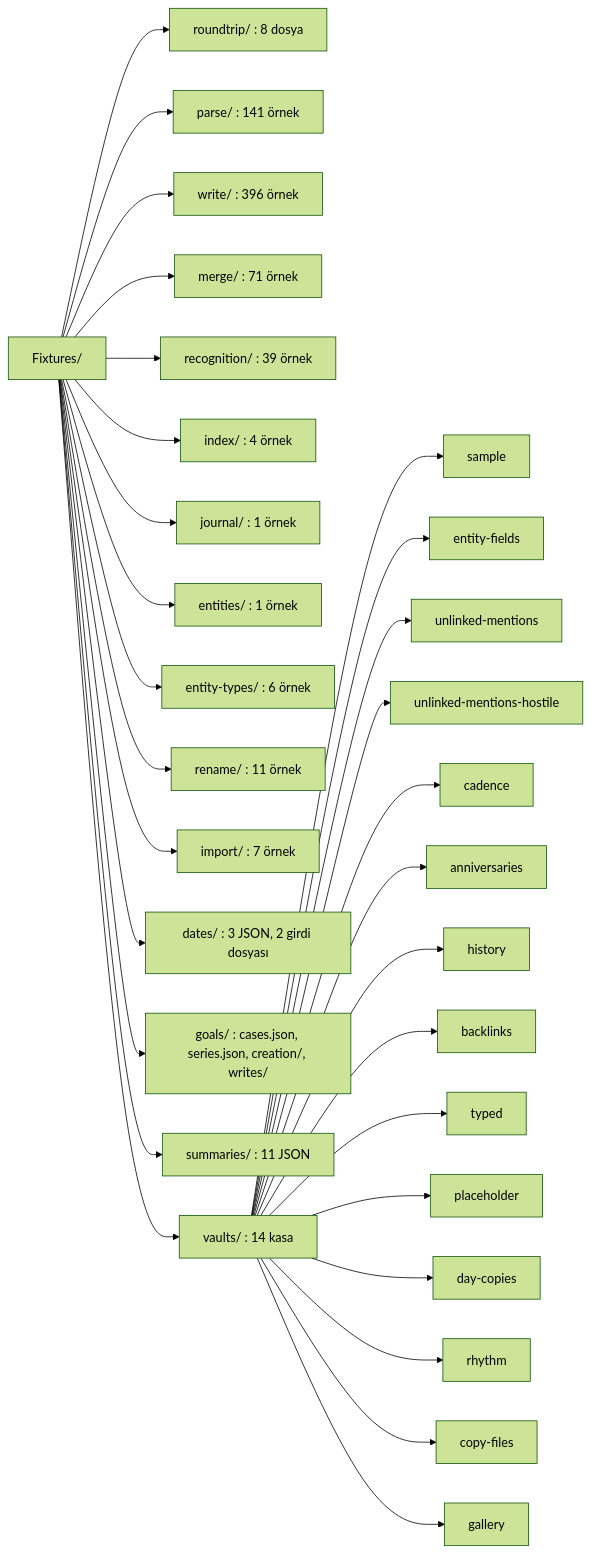
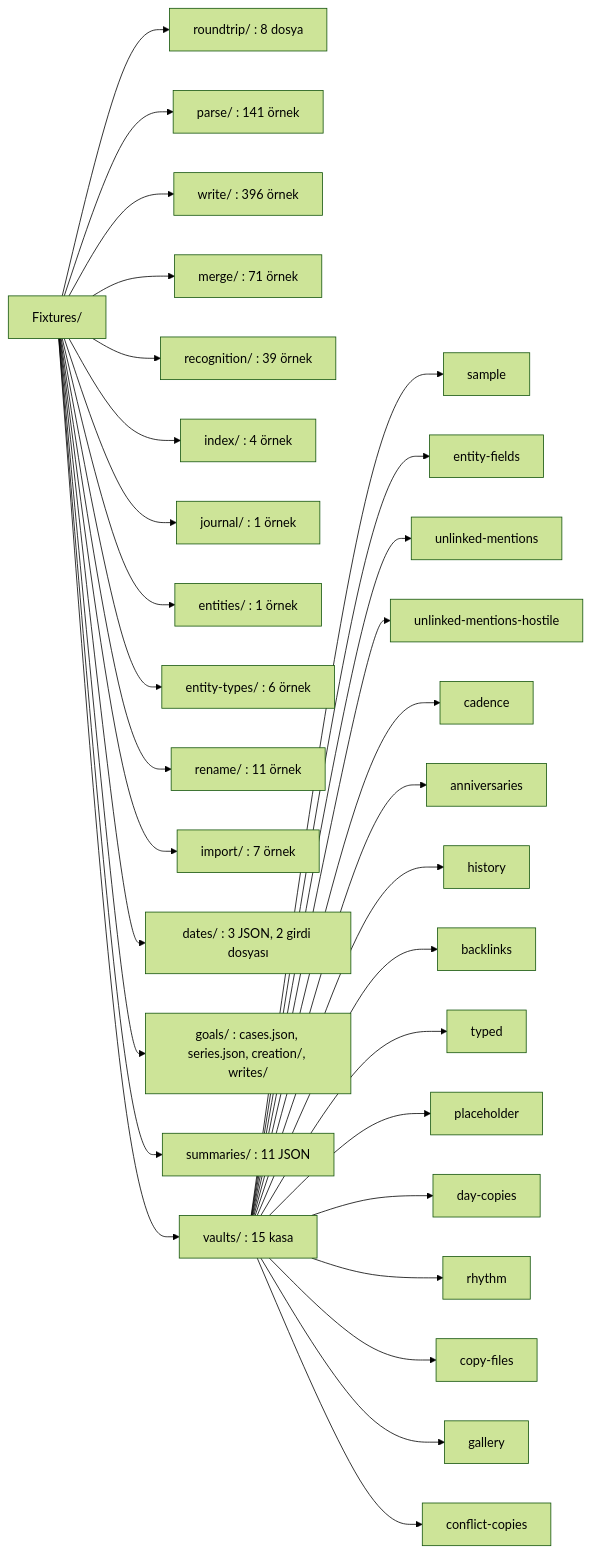
One commit to dogancanyildiz/kenet changed the first of 11 diagrams in docs/fixtures.md. Above: the diagram before and after it, drawn with Mermaid (forest theme). The commit also changed other lines of this file and 36 other files, not shown here.

````diff
--- a/docs/fixtures.md
+++ b/docs/fixtures.md
@@ -15,33 +15,34 @@
 ```mermaid
 flowchart LR
   F["Fixtures/"]
   F --> RT["roundtrip/ : 8 dosya"]
   F --> PA["parse/ : 141 örnek"]
   F --> WR["write/ : 396 örnek"]
   F --> ME["merge/ : 71 örnek"]
   F --> RE["recognition/ : 39 örnek"]
   F --> IX["index/ : 4 örnek"]
   F --> JO["journal/ : 1 örnek"]
   F --> EN["entities/ : 1 örnek"]
   F --> ET["entity-types/ : 6 örnek"]
   F --> RN["rename/ : 11 örnek"]
   F --> IM["import/ : 7 örnek"]
   F --> DA["dates/ : 3 JSON, 2 girdi dosyası"]
   F --> GO["goals/ : cases.json, series.json, creation/, writes/"]
   F --> SU["summaries/ : 11 JSON"]
-  F --> VA["vaults/ : 14 kasa"]
+  F --> VA["vaults/ : 15 kasa"]
   VA --> V1["sample"]
   VA --> V2["entity-fields"]
   VA --> V3["unlinked-mentions"]
   VA --> V4["unlinked-mentions-hostile"]
   VA --> V5["cadence"]
   VA --> V6["anniversaries"]
   VA --> V7["history"]
   VA --> V8["backlinks"]
   VA --> V9["typed"]
   VA --> V10["placeholder"]
   VA --> V11["day-copies"]
   VA --> V12["rhythm"]
   VA --> V13["copy-files"]
   VA --> V14["gallery"]
+  VA --> V15["conflict-copies"]
 ```
````
